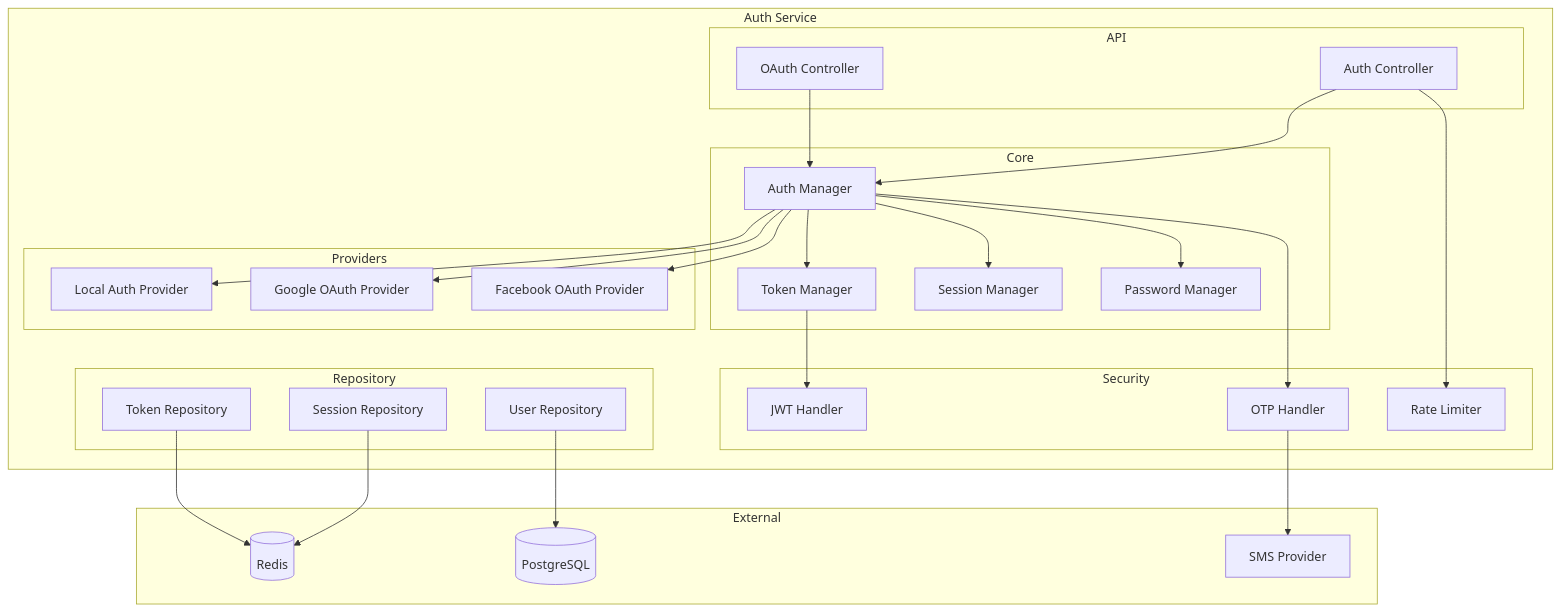
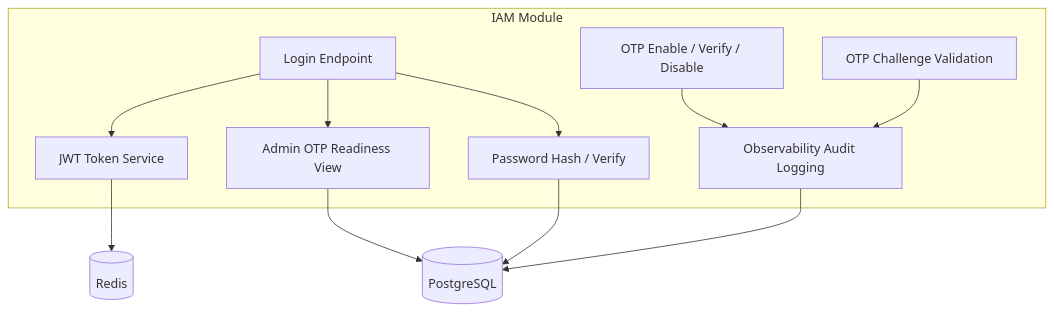
The second of 4 diagrams in E-Commerce/detailed-design/component-diagrams.md (0Ankit0/Project-Ideas), drawn with Mermaid before and after one commit. The commit also changed other lines of this file and 64 other files, not shown here.

````diff
--- a/E-Commerce/detailed-design/component-diagrams.md
+++ b/E-Commerce/detailed-design/component-diagrams.md
@@ -129,60 +80,25 @@
 ```mermaid
 graph TB
-    subgraph "Auth Service"
-        subgraph "API"
-            AuthController[Auth Controller]
-            OAuthController[OAuth Controller]
-        end
-        
-        subgraph "Core"
-            AuthManager[Auth Manager]
-            TokenManager[Token Manager]
-            SessionManager[Session Manager]
-            PasswordManager[Password Manager]
-        end
-        
-        subgraph "Providers"
-            LocalAuth[Local Auth Provider]
-            GoogleAuth[Google OAuth Provider]
-            FacebookAuth[Facebook OAuth Provider]
-        end
-        
-        subgraph "Security"
-            JWTHandler[JWT Handler]
-            OTPHandler[OTP Handler]
-            RateLimiter[Rate Limiter]
-        end
-        
-        subgraph "Repository"
-            UserRepo[User Repository]
-            SessionRepo[Session Repository]
-            TokenRepo[Token Repository]
-        end
+    subgraph "IAM Module"
+        Login[Login Endpoint]
+        OTPSetup[OTP Enable / Verify / Disable]
+        OTPValidate[OTP Challenge Validation]
+        TokenSvc[JWT Token Service]
+        PasswordSvc[Password Hash / Verify]
+        AdminReadiness[Admin OTP Readiness View]
+        Audit[Observability Audit Logging]
     end
-    
-    subgraph "External"
-        Redis[(Redis)]
-        PostgreSQL[(PostgreSQL)]
-        SMSProvider[SMS Provider]
-    end
-    
-    AuthController --> AuthManager
-    OAuthController --> AuthManager
-    
-    AuthManager --> TokenManager
-    AuthManager --> SessionManager
-    AuthManager --> PasswordManager
-    
-    AuthManager --> LocalAuth
-    AuthManager --> GoogleAuth
-    AuthManager --> FacebookAuth
-    
-    TokenManager --> JWTHandler
-    AuthManager --> OTPHandler
-    AuthController --> RateLimiter
-    
-    UserRepo --> PostgreSQL
-    SessionRepo --> Redis
-    TokenRepo --> Redis
-    OTPHandler --> SMSProvider
+
+    Redis[(Redis)]
+    DB[(PostgreSQL)]
+
+    Login --> TokenSvc
+    Login --> PasswordSvc
+    Login --> AdminReadiness
+    OTPSetup --> Audit
+    OTPValidate --> Audit
+    AdminReadiness --> DB
+    TokenSvc --> Redis
+    PasswordSvc --> DB
+    Audit --> DB
 ```
````
